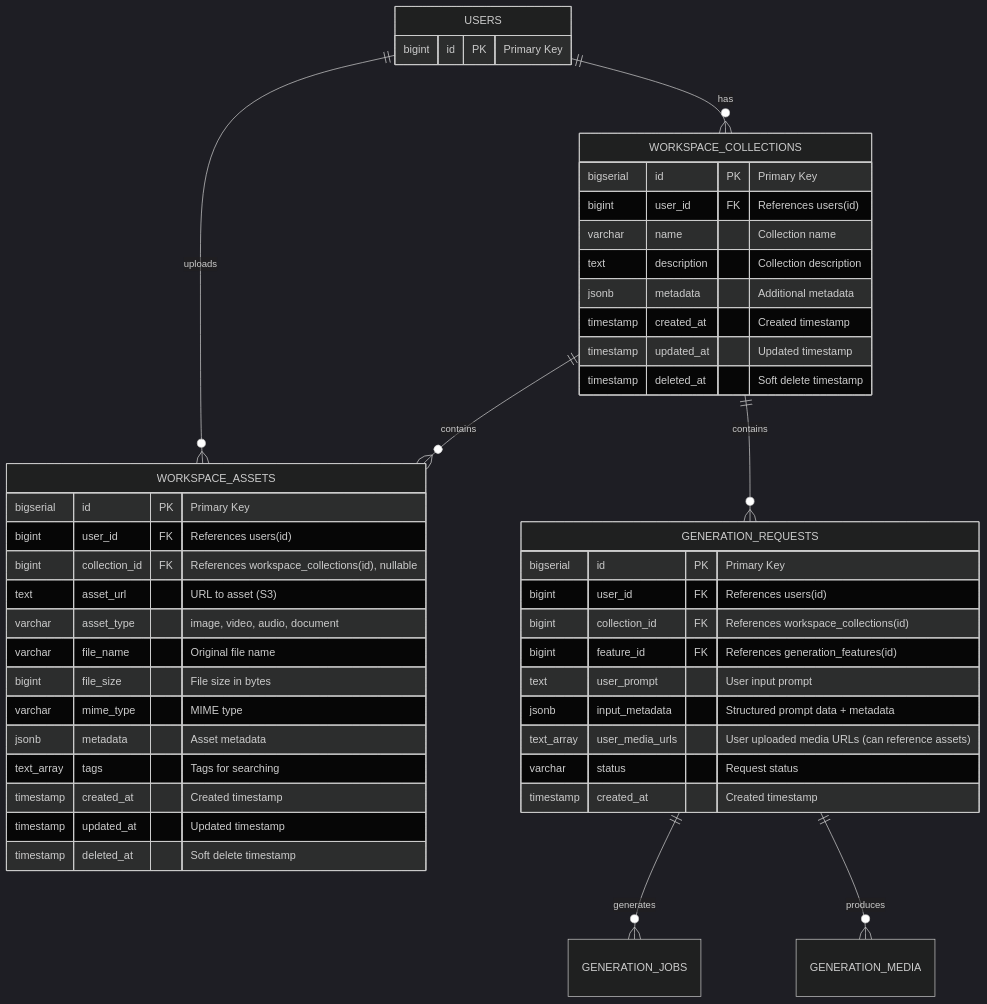
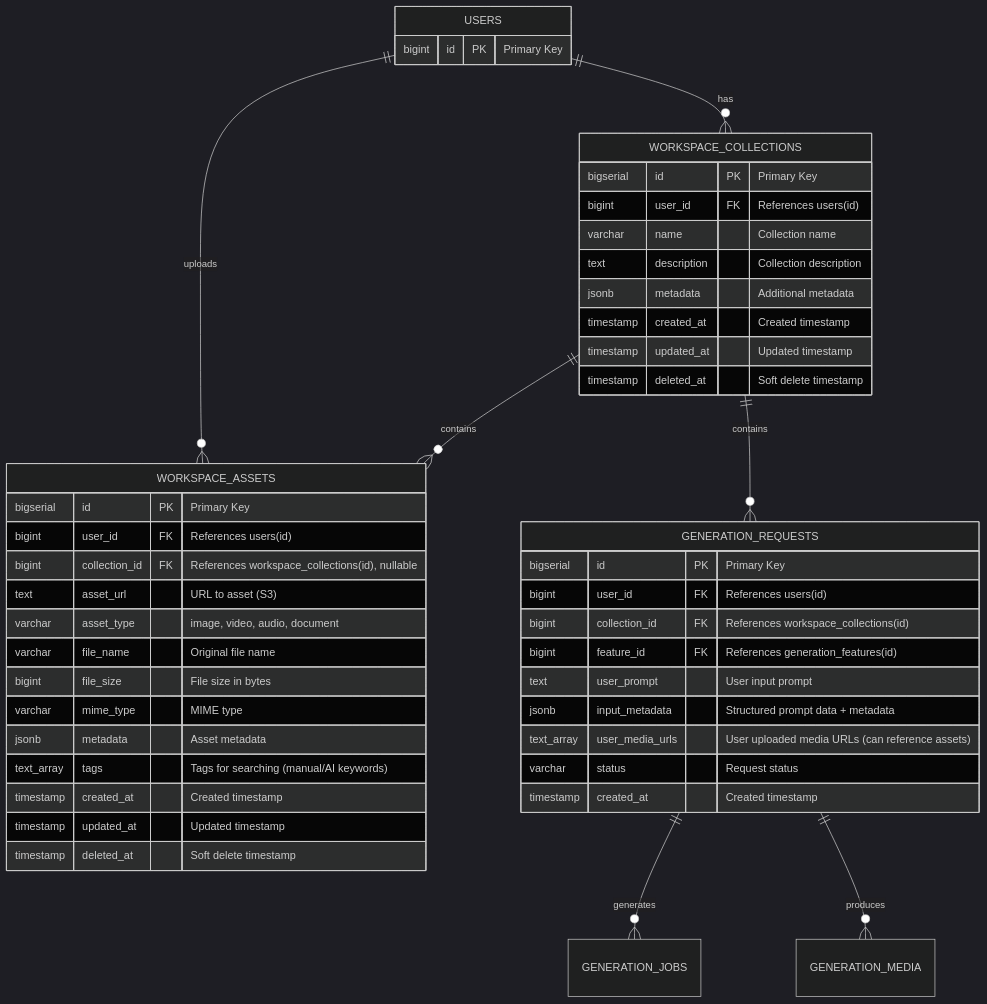
One commit to LeeTun2k2/nexus-pulse-ai-docs changed the diagram in docs/002-design/database/3-workspace-schema.md. Above: the diagram before and after it, drawn with Mermaid (dark theme). The commit also changed other lines of this file and 3 other files, not shown here.

````diff
--- a/docs/002-design/database/3-workspace-schema.md
+++ b/docs/002-design/database/3-workspace-schema.md
@@ -110,52 +105,52 @@
 ```mermaid
 erDiagram
     USERS ||--o{ WORKSPACE_COLLECTIONS : "has"
     USERS ||--o{ WORKSPACE_ASSETS : "uploads"
     WORKSPACE_COLLECTIONS ||--o{ WORKSPACE_ASSETS : "contains"
     WORKSPACE_COLLECTIONS ||--o{ GENERATION_REQUESTS : "contains"
     GENERATION_REQUESTS ||--o{ GENERATION_JOBS : "generates"
     GENERATION_REQUESTS ||--o{ GENERATION_MEDIA : "produces"
 
     USERS {
         bigint id PK "Primary Key"
     }
 
     WORKSPACE_COLLECTIONS {
         bigserial id PK "Primary Key"
         bigint user_id FK "References users(id)"
         varchar name "Collection name"
         text description "Collection description"
         jsonb metadata "Additional metadata"
         timestamp created_at "Created timestamp"
         timestamp updated_at "Updated timestamp"
         timestamp deleted_at "Soft delete timestamp"
     }
 
     WORKSPACE_ASSETS {
         bigserial id PK "Primary Key"
         bigint user_id FK "References users(id)"
         bigint collection_id FK "References workspace_collections(id), nullable"
         text asset_url "URL to asset (S3)"
         varchar asset_type "image, video, audio, document"
         varchar file_name "Original file name"
         bigint file_size "File size in bytes"
         varchar mime_type "MIME type"
         jsonb metadata "Asset metadata"
-        text_array tags "Tags for searching"
+        text_array tags "Tags for searching (manual/AI keywords)"
         timestamp created_at "Created timestamp"
         timestamp updated_at "Updated timestamp"
         timestamp deleted_at "Soft delete timestamp"
     }
 
     GENERATION_REQUESTS {
         bigserial id PK "Primary Key"
         bigint user_id FK "References users(id)"
         bigint collection_id FK "References workspace_collections(id)"
         bigint feature_id FK "References generation_features(id)"
         text user_prompt "User input prompt"
         jsonb input_metadata "Structured prompt data + metadata"
         text_array user_media_urls "User uploaded media URLs (can reference assets)"
         varchar status "Request status"
         timestamp created_at "Created timestamp"
     }
 ```
````
